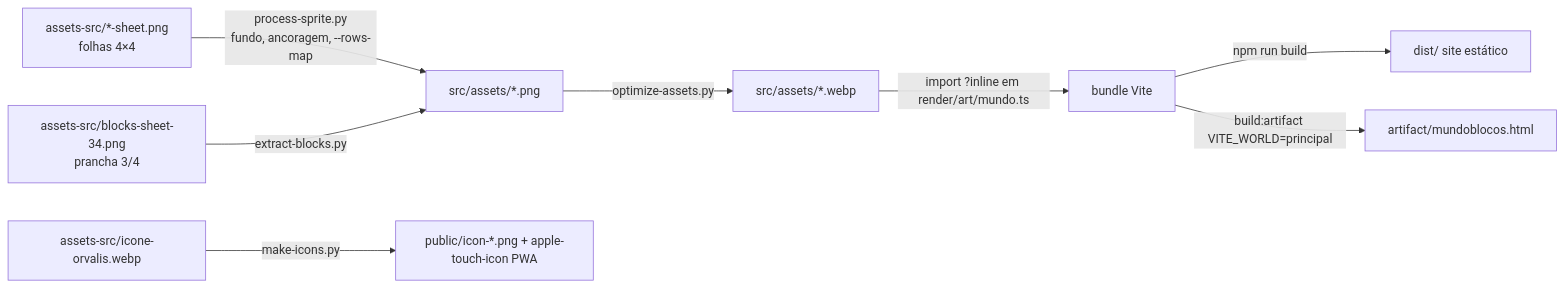
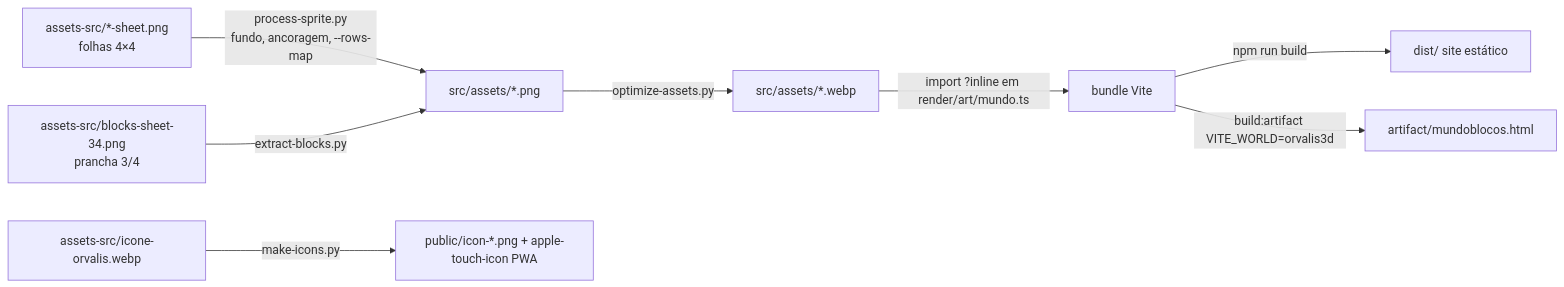
The seventh of 7 diagrams in docs/MAPS.md (maiam/mundoblocos-2d), drawn with Mermaid before and after one commit. The commit also changed 12 other files, not shown here.

````diff
--- a/docs/MAPS.md
+++ b/docs/MAPS.md
@@ -141,10 +141,10 @@
 ```mermaid
 flowchart LR
   S1[assets-src/*-sheet.png<br/>folhas 4×4] -->|process-sprite.py<br/>fundo, ancoragem, --rows-map| P[src/assets/*.png]
   S2[assets-src/blocks-sheet-34.png<br/>prancha 3/4] -->|extract-blocks.py| P
   P -->|optimize-assets.py| WB[src/assets/*.webp]
   WB -->|import ?inline em render/art/mundo.ts| JS[bundle Vite]
   JS -->|npm run build| D[dist/ site estático]
-  JS -->|build:artifact VITE_WORLD=principal| A[artifact/mundoblocos.html]
+  JS -->|build:artifact VITE_WORLD=orvalis3d| A[artifact/mundoblocos.html]
   P2[assets-src/icone-orvalis.webp] -->|make-icons.py| PW[public/icon-*.png + apple-touch-icon PWA]
 ```
````
